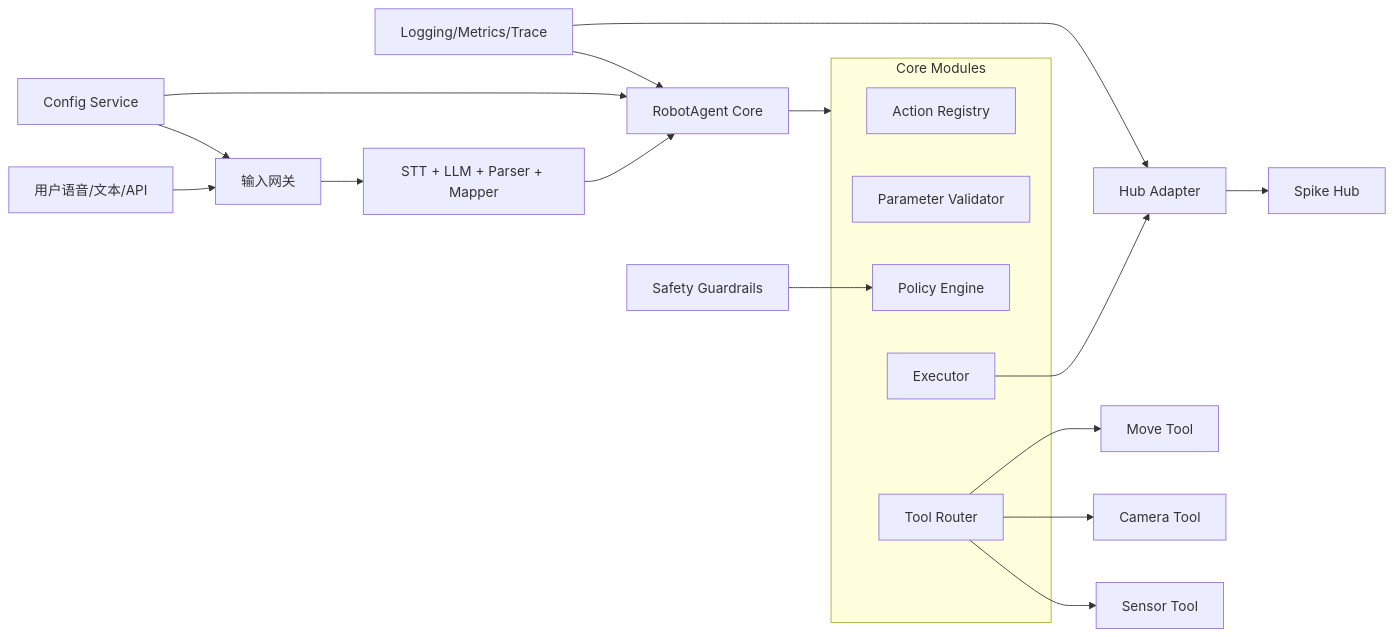
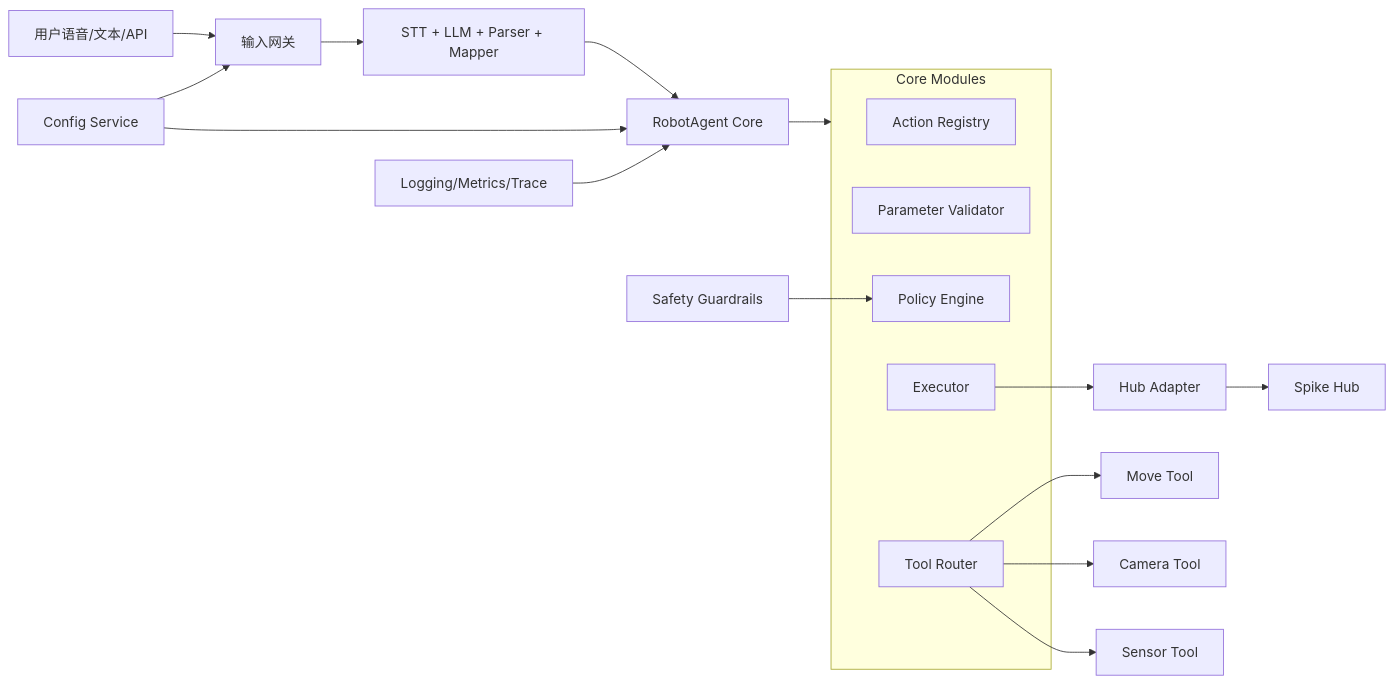
One commit to hrsxz/voice_robot changed the first of 3 diagrams in README.md. Above: the diagram before and after it, drawn with Mermaid. The commit also changed other lines of this file and 17 other files, not shown here.

````diff
--- a/README.md
+++ b/README.md
@@ -266,28 +74,27 @@
 ```mermaid
 flowchart LR
     U[用户语音/文本/API] --> GW[输入网关]
     GW --> NLU[STT + LLM + Parser + Mapper]
     NLU --> CORE[RobotAgent Core]
 
     subgraph COREMOD[Core Modules]
       AR[Action Registry]
       PV[Parameter Validator]
       PE[Policy Engine]
       TR[Tool Router]
       EX[Executor]
     end
 
     CORE --> COREMOD
     EX --> HA[Hub Adapter]
     HA --> HUB[Spike Hub]
 
     TR --> MV[Move Tool]
     TR --> CAM[Camera Tool]
     TR --> SEN[Sensor Tool]
 
     CFG[Config Service] --> GW
     CFG --> CORE
     OBS[Logging/Metrics/Trace] --> CORE
-    OBS --> HA
     SAFE[Safety Guardrails] --> PE
 ```
````
